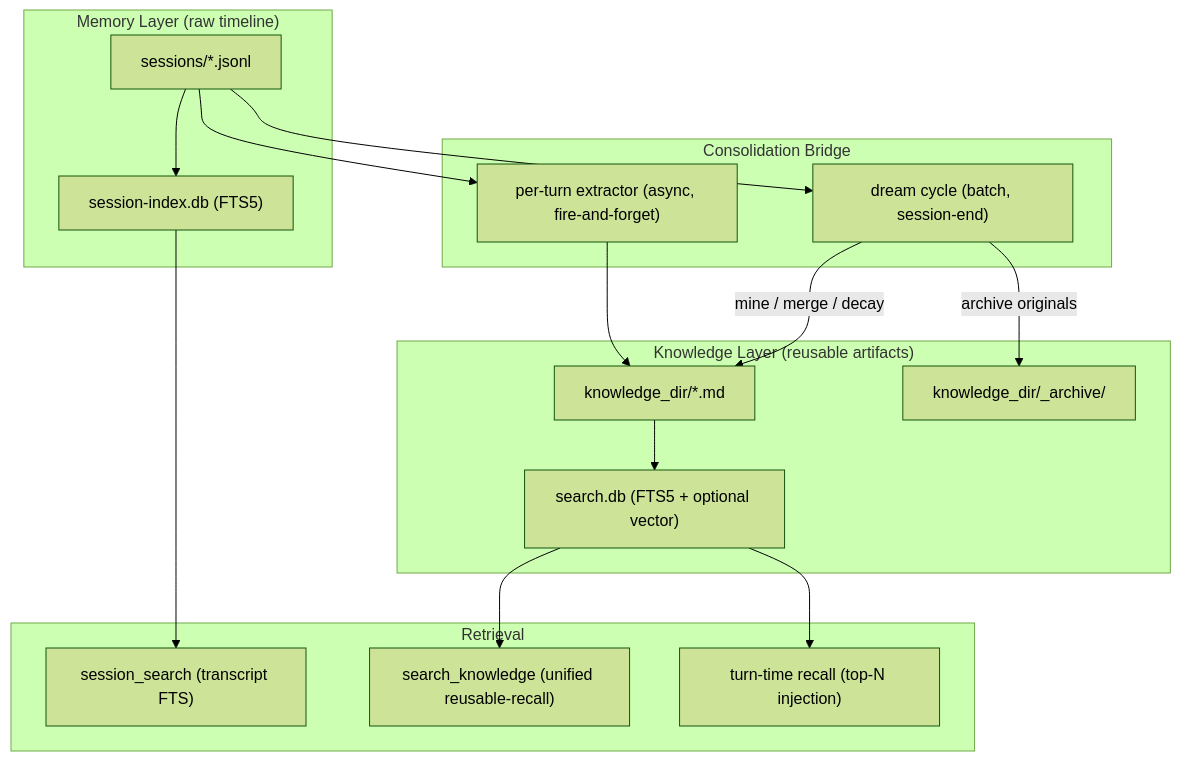
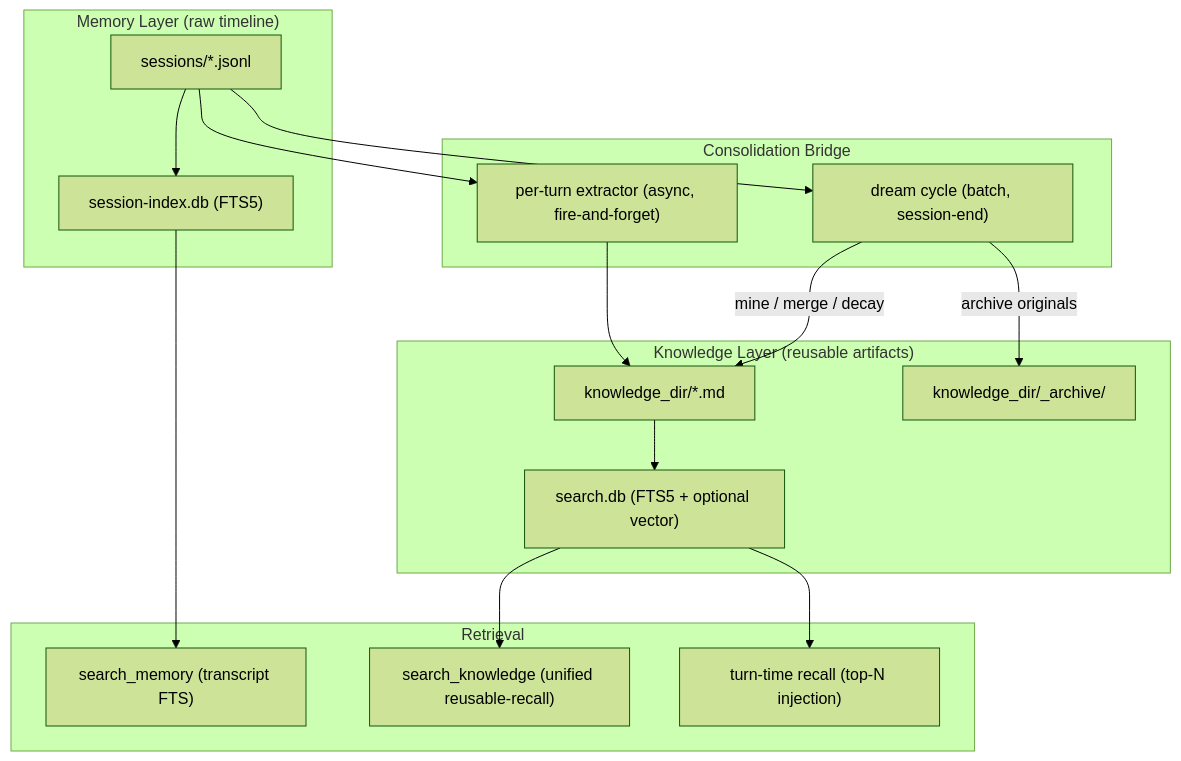
The diagram in docs/specs/cognition.md (binlecode/co-cli), drawn with Mermaid (forest theme) before and after one commit. The commit also changed other lines of this file and 45 other files, not shown here.

First line of the commit message:
refactor: fold extractor into knowledge, rename session_index→memory, surface search_memory (v0.7.186)

````diff
--- a/docs/specs/cognition.md
+++ b/docs/specs/cognition.md
@@ -41,36 +41,36 @@
 ```mermaid
 flowchart TD
     subgraph Memory["Memory Layer (raw timeline)"]
         Transcripts["sessions/*.jsonl"]
         SessionIdx["session-index.db (FTS5)"]
     end
 
     subgraph Bridge["Consolidation Bridge"]
         Extractor["per-turn extractor (async, fire-and-forget)"]
         Dream["dream cycle (batch, session-end)"]
     end
 
     subgraph Knowledge["Knowledge Layer (reusable artifacts)"]
         KDir["knowledge_dir/*.md"]
         SearchDB["search.db (FTS5 + optional vector)"]
         Archive["knowledge_dir/_archive/"]
     end
 
     subgraph Recall["Retrieval"]
-        EpisodicSearch["session_search (transcript FTS)"]
+        EpisodicSearch["search_memory (transcript FTS)"]
         KnowledgeSearch["search_knowledge (unified reusable-recall)"]
         TurnRecall["turn-time recall (top-N injection)"]
     end
 
     Transcripts --> SessionIdx
     Transcripts --> Extractor
     Transcripts --> Dream
     Extractor --> KDir
     Dream -->|"mine / merge / decay"| KDir
     Dream -->|"archive originals"| Archive
     KDir --> SearchDB
 
     SessionIdx --> EpisodicSearch
     SearchDB --> KnowledgeSearch
     SearchDB --> TurnRecall
 ```
````
